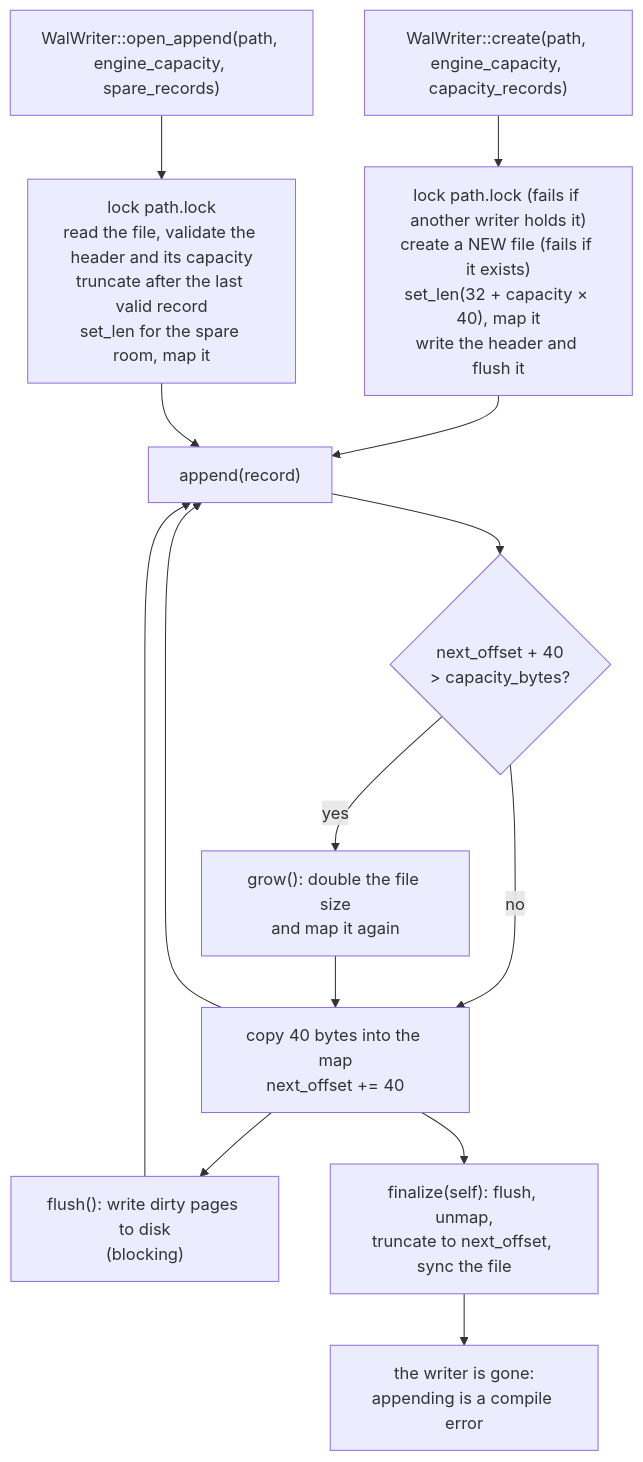
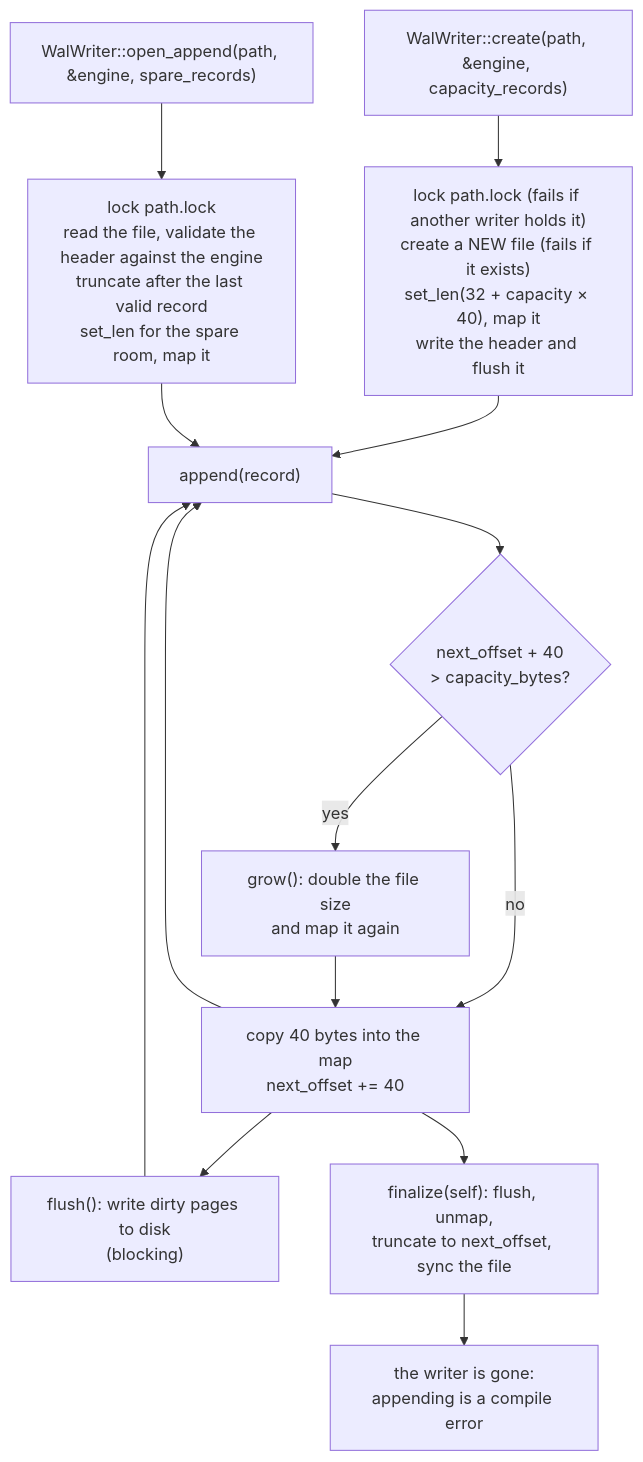
Before and after one commit to daohainam/rust-matching-engine: the diagram in docs/09-write-ahead-log.md, drawn with Mermaid. The commit also changed other lines of this file, not shown here.

Commit message:
docs(ch09): describe format version 5, the tick count and limit records

````diff
--- a/docs/09-write-ahead-log.md
+++ b/docs/09-write-ahead-log.md
@@ -243,16 +251,16 @@
 ```mermaid
 flowchart TD
-    A["WalWriter::create(path, engine_capacity, capacity_records)"] --> B["lock path.lock (fails if another writer holds it)<br/>create a NEW file (fails if it exists)<br/>set_len(32 + capacity × 40), map it<br/>write the header and flush it"]
-    O["WalWriter::open_append(path, engine_capacity, spare_records)"] --> P["lock path.lock<br/>read the file, validate the header and its capacity<br/>truncate after the last valid record<br/>set_len for the spare room, map it"]
+    A["WalWriter::create(path, &engine, capacity_records)"] --> B["lock path.lock (fails if another writer holds it)<br/>create a NEW file (fails if it exists)<br/>set_len(32 + capacity × 40), map it<br/>write the header and flush it"]
+    O["WalWriter::open_append(path, &engine, spare_records)"] --> P["lock path.lock<br/>read the file, validate the header against the engine<br/>truncate after the last valid record<br/>set_len for the spare room, map it"]
     B --> C["append(record)"]
     P --> C
     C --> D{"next_offset + 40<br/>> capacity_bytes?"}
     D -- no --> E["copy 40 bytes into the map<br/>next_offset += 40"]
     D -- yes --> F["grow(): double the file size<br/>and map it again"]
     F --> E
     E --> C
     E --> G["flush(): write dirty pages to disk<br/>(blocking)"]
     G --> C
     E --> H["finalize(self): flush, unmap,<br/>truncate to next_offset, sync the file"]
     H --> I["the writer is gone:<br/>appending is a compile error"]
 ```
````
